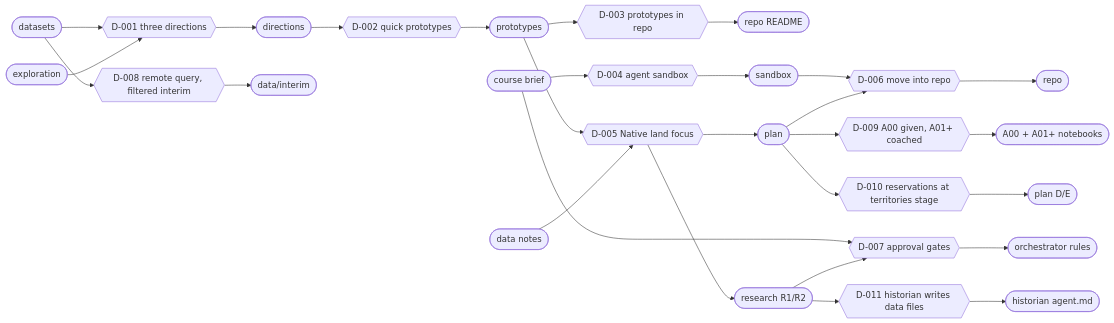
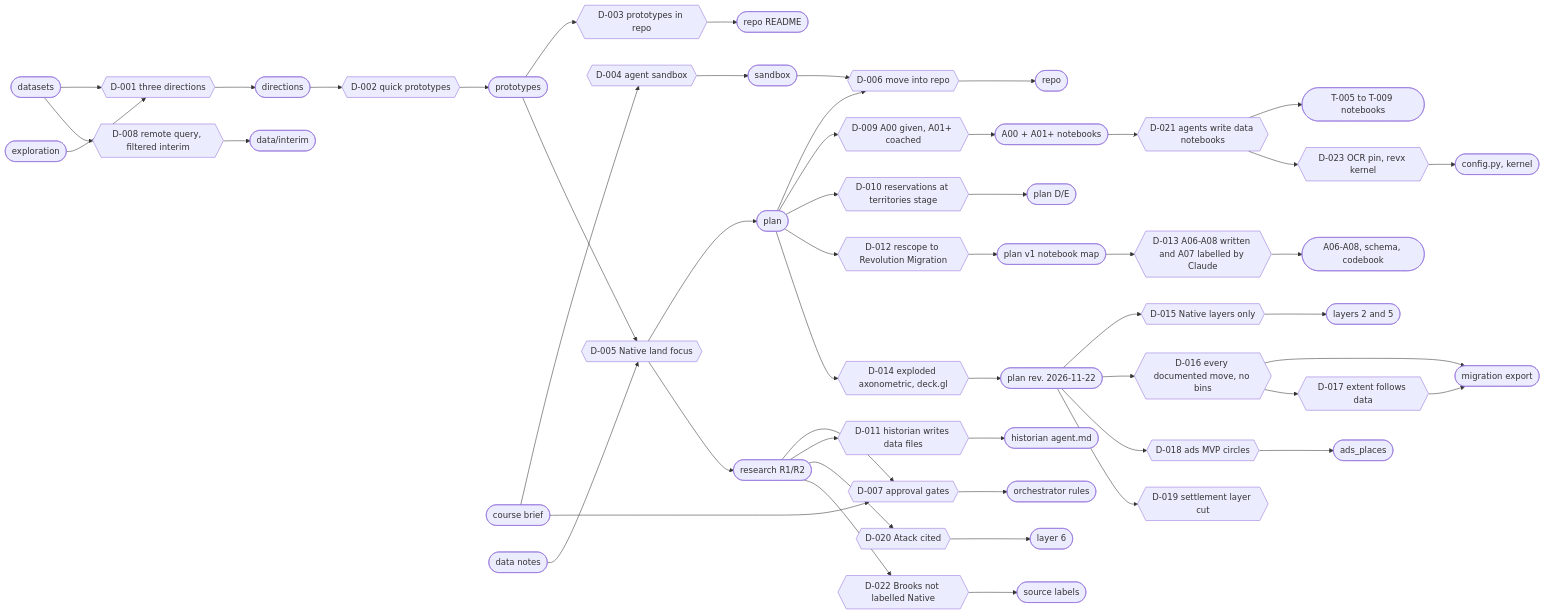
Before and after one commit to larawashington-PGDV5200/revolutionary-xroads: the diagram in diagram/decisions.mmd, drawn with Mermaid. The commit also changed 2 other files, not shown here.

Commit message:
Session logs added, updated viz plan, decision made, agent briefs approved.

```diff
--- a/diagram/decisions.mmd
+++ b/diagram/decisions.mmd
@@ -1,18 +1,30 @@
 flowchart LR
   datasets([datasets]) --> D001
   exploration([exploration]) --> D001
   D001{{D-001 three directions}} --> directions([directions])
   directions --> D002{{D-002 quick prototypes}} --> prototypes([prototypes])
   prototypes --> D003{{D-003 prototypes in repo}} --> readme([repo README])
   brief([course brief]) --> D004{{D-004 agent sandbox}} --> sandbox([sandbox])
   prototypes --> D005{{D-005 Native land focus}}
   datanotes([data notes]) --> D005
   D005 --> plan([plan]) & research([research R1/R2])
   sandbox --> D006{{D-006 move into repo}}
   plan --> D006 --> repo([repo])
   brief --> D007{{D-007 approval gates}}
   research --> D007 --> rules([orchestrator rules])
   datasets --> D008{{D-008 remote query, filtered interim}} --> interim([data/interim])
   plan --> D009{{D-009 A00 given, A01+ coached}} --> notebooks([A00 + A01+ notebooks])
   plan --> D010{{D-010 reservations at territories stage}} --> planDE([plan D/E])
   research --> D011{{D-011 historian writes data files}} --> historianmd([historian agent.md])
+  plan --> D012{{D-012 rescope to Revolution Migration}} --> planv1([plan v1 notebook map])
+  planv1 --> D013{{D-013 A06-A08 written and A07 labelled by Claude}} --> anb([A06-A08, schema, codebook])
+  plan --> D014{{D-014 exploded axonometric, deck.gl}} --> planrev([plan rev. 2026-11-22])
+  planrev --> D015{{D-015 Native layers only}} --> layers25([layers 2 and 5])
+  planrev --> D016{{D-016 every documented move, no bins}} --> migration([migration export])
+  D016 --> D017{{D-017 extent follows data}} --> migration
+  planrev --> D018{{D-018 ads MVP circles}} --> adsmvp([ads_places])
+  planrev --> D019{{D-019 settlement layer cut}}
+  research --> D020{{D-020 Atack cited}} --> layer6([layer 6])
+  notebooks --> D021{{D-021 agents write data notebooks}} --> datanbs([T-005 to T-009 notebooks])
+  research --> D022{{D-022 Brooks not labelled Native}} --> labels([source labels])
+  D021 --> D023{{D-023 OCR pin, revx kernel}} --> configk([config.py, kernel])
```
